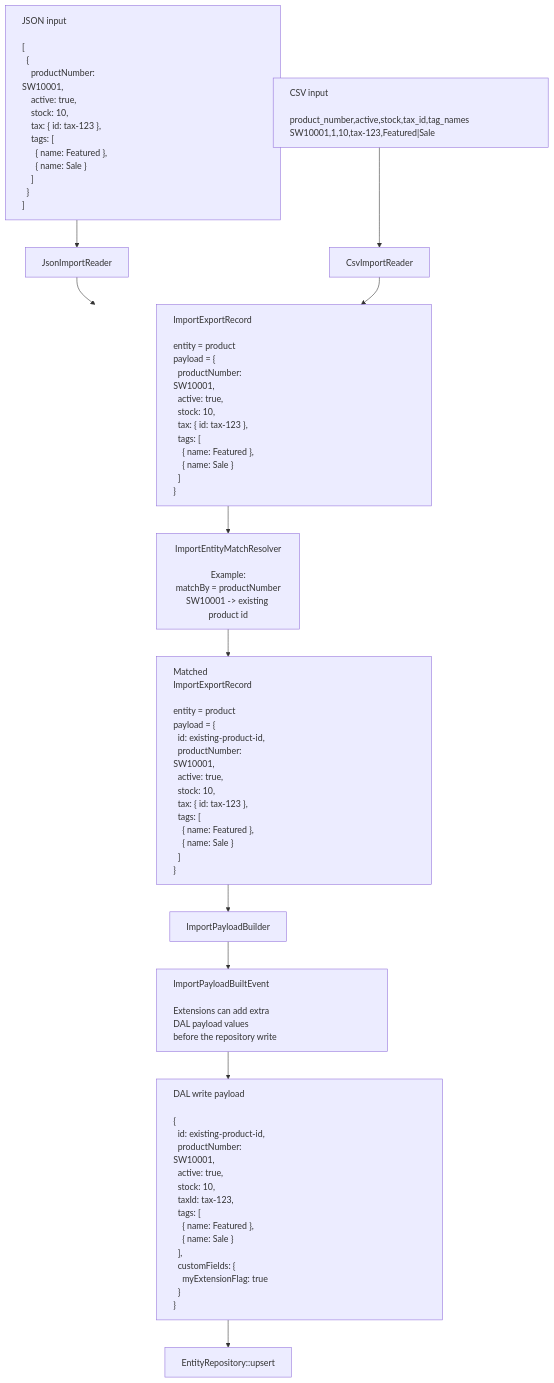
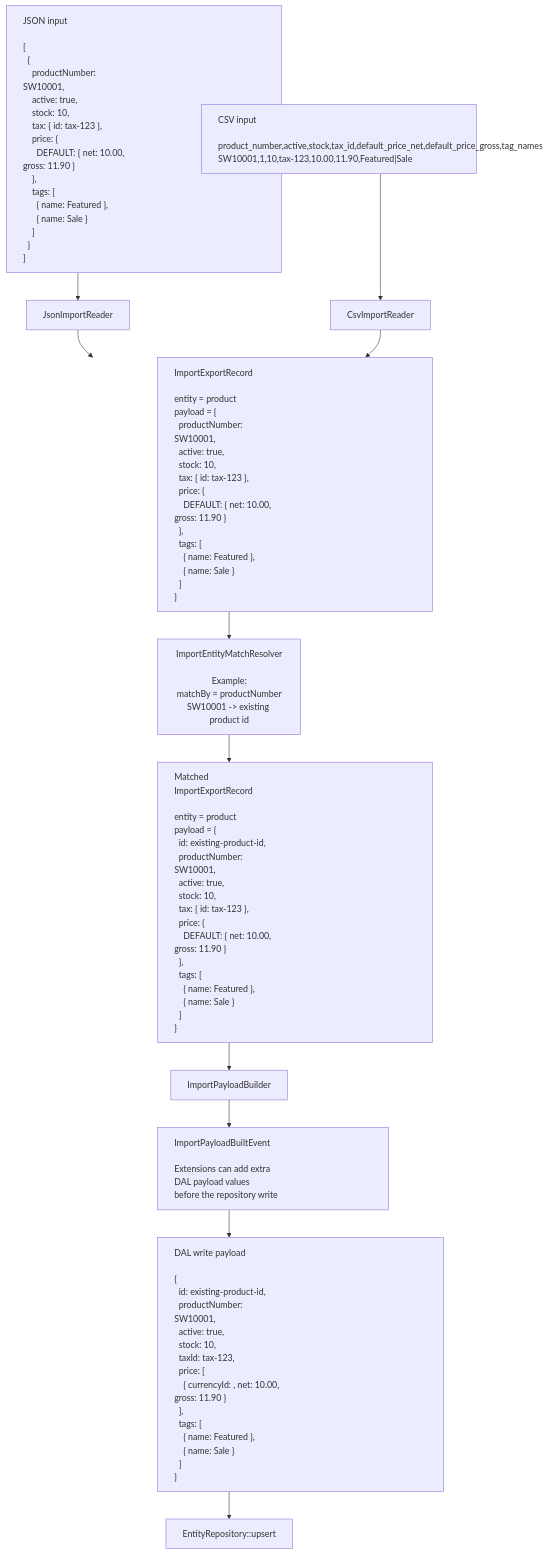
Before and after one commit to shopware/shopware: the fourth of 4 diagrams in src/Core/Content/ImportExportV2/docs/flow.md, drawn with Mermaid. The commit also changed other lines of this file and 5 other files, not shown here.

````diff
--- a/src/Core/Content/ImportExportV2/docs/flow.md
+++ b/src/Core/Content/ImportExportV2/docs/flow.md
@@ -290,39 +276,39 @@
 ```mermaid
 
 flowchart TD
-    A["JSON input<br/><br/>[<br/>&nbsp;&nbsp;{<br/>&nbsp;&nbsp;&nbsp;&nbsp;productNumber: SW10001,<br/>&nbsp;&nbsp;&nbsp;&nbsp;active: true,<br/>&nbsp;&nbsp;&nbsp;&nbsp;stock: 10,<br/>&nbsp;&nbsp;&nbsp;&nbsp;tax: { id: tax-123 },<br/>&nbsp;&nbsp;&nbsp;&nbsp;tags: [<br/>&nbsp;&nbsp;&nbsp;&nbsp;&nbsp;&nbsp;{ name: Featured },<br/>&nbsp;&nbsp;&nbsp;&nbsp;&nbsp;&nbsp;{ name: Sale }<br/>&nbsp;&nbsp;&nbsp;&nbsp;]<br/>&nbsp;&nbsp;}<br/>]"]
-    B["CSV input<br/><br/>product_number,active,stock,tax_id,tag_names<br/>SW10001,1,10,tax-123,Featured|Sale"]
+    A["JSON input<br/><br/>[<br/>&nbsp;&nbsp;{<br/>&nbsp;&nbsp;&nbsp;&nbsp;productNumber: SW10001,<br/>&nbsp;&nbsp;&nbsp;&nbsp;active: true,<br/>&nbsp;&nbsp;&nbsp;&nbsp;stock: 10,<br/>&nbsp;&nbsp;&nbsp;&nbsp;tax: { id: tax-123 },<br/>&nbsp;&nbsp;&nbsp;&nbsp;price: {<br/>&nbsp;&nbsp;&nbsp;&nbsp;&nbsp;&nbsp;DEFAULT: { net: 10.00, gross: 11.90 }<br/>&nbsp;&nbsp;&nbsp;&nbsp;},<br/>&nbsp;&nbsp;&nbsp;&nbsp;tags: [<br/>&nbsp;&nbsp;&nbsp;&nbsp;&nbsp;&nbsp;{ name: Featured },<br/>&nbsp;&nbsp;&nbsp;&nbsp;&nbsp;&nbsp;{ name: Sale }<br/>&nbsp;&nbsp;&nbsp;&nbsp;]<br/>&nbsp;&nbsp;}<br/>]"]
+    B["CSV input<br/><br/>product_number,active,stock,tax_id,default_price_net,default_price_gross,tag_names<br/>SW10001,1,10,tax-123,10.00,11.90,Featured|Sale"]
     C["JsonImportReader"]
     D["CsvImportReader"]
-    E["ImportExportRecord<br/><br/>entity = product<br/>payload = {<br/>&nbsp;&nbsp;productNumber: SW10001,<br/>&nbsp;&nbsp;active: true,<br/>&nbsp;&nbsp;stock: 10,<br/>&nbsp;&nbsp;tax: { id: tax-123 },<br/>&nbsp;&nbsp;tags: [<br/>&nbsp;&nbsp;&nbsp;&nbsp;{ name: Featured },<br/>&nbsp;&nbsp;&nbsp;&nbsp;{ name: Sale }<br/>&nbsp;&nbsp;]<br/>}"]
+    E["ImportExportRecord<br/><br/>entity = product<br/>payload = {<br/>&nbsp;&nbsp;productNumber: SW10001,<br/>&nbsp;&nbsp;active: true,<br/>&nbsp;&nbsp;stock: 10,<br/>&nbsp;&nbsp;tax: { id: tax-123 },<br/>&nbsp;&nbsp;price: {<br/>&nbsp;&nbsp;&nbsp;&nbsp;DEFAULT: { net: 10.00, gross: 11.90 }<br/>&nbsp;&nbsp;},<br/>&nbsp;&nbsp;tags: [<br/>&nbsp;&nbsp;&nbsp;&nbsp;{ name: Featured },<br/>&nbsp;&nbsp;&nbsp;&nbsp;{ name: Sale }<br/>&nbsp;&nbsp;]<br/>}"]
 
     style A width:500px,text-align:left
     style B width:500px,text-align:left
     style E width:500px,text-align:left
 
     A --> C
     B --> D
     C --> E
     D --> E
 
     E --> F["ImportEntityMatchResolver
 
 Example:
 matchBy = productNumber
 SW10001 -> existing product id"]
 
-    F --> G["Matched ImportExportRecord<br/><br/>entity = product<br/>payload = {<br/>&nbsp;&nbsp;id: existing-product-id,<br/>&nbsp;&nbsp;productNumber: SW10001,<br/>&nbsp;&nbsp;active: true,<br/>&nbsp;&nbsp;stock: 10,<br/>&nbsp;&nbsp;tax: { id: tax-123 },<br/>&nbsp;&nbsp;tags: [<br/>&nbsp;&nbsp;&nbsp;&nbsp;{ name: Featured },<br/>&nbsp;&nbsp;&nbsp;&nbsp;{ name: Sale }<br/>&nbsp;&nbsp;]<br/>}"]
+    F --> G["Matched ImportExportRecord<br/><br/>entity = product<br/>payload = {<br/>&nbsp;&nbsp;id: existing-product-id,<br/>&nbsp;&nbsp;productNumber: SW10001,<br/>&nbsp;&nbsp;active: true,<br/>&nbsp;&nbsp;stock: 10,<br/>&nbsp;&nbsp;tax: { id: tax-123 },<br/>&nbsp;&nbsp;price: {<br/>&nbsp;&nbsp;&nbsp;&nbsp;DEFAULT: { net: 10.00, gross: 11.90 }<br/>&nbsp;&nbsp;},<br/>&nbsp;&nbsp;tags: [<br/>&nbsp;&nbsp;&nbsp;&nbsp;{ name: Featured },<br/>&nbsp;&nbsp;&nbsp;&nbsp;{ name: Sale }<br/>&nbsp;&nbsp;]<br/>}"]
 
     style G width:500px,text-align:left
 
     G --> H["ImportPayloadBuilder"]
 
     H --> I["ImportPayloadBuiltEvent<br/><br/>Extensions can add extra DAL payload values<br/>before the repository write"]
-    I --> J["DAL write payload<br/><br/>{<br/>&nbsp;&nbsp;id: existing-product-id,<br/>&nbsp;&nbsp;productNumber: SW10001,<br/>&nbsp;&nbsp;active: true,<br/>&nbsp;&nbsp;stock: 10,<br/>&nbsp;&nbsp;taxId: tax-123,<br/>&nbsp;&nbsp;tags: [<br/>&nbsp;&nbsp;&nbsp;&nbsp;{ name: Featured },<br/>&nbsp;&nbsp;&nbsp;&nbsp;{ name: Sale }<br/>&nbsp;&nbsp;],<br/>&nbsp;&nbsp;customFields: {<br/>&nbsp;&nbsp;&nbsp;&nbsp;myExtensionFlag: true<br/>&nbsp;&nbsp;}<br/>}"]
+    I --> J["DAL write payload<br/><br/>{<br/>&nbsp;&nbsp;id: existing-product-id,<br/>&nbsp;&nbsp;productNumber: SW10001,<br/>&nbsp;&nbsp;active: true,<br/>&nbsp;&nbsp;stock: 10,<br/>&nbsp;&nbsp;taxId: tax-123,<br/>&nbsp;&nbsp;price: [<br/>&nbsp;&nbsp;&nbsp;&nbsp;{ currencyId: <default-currency-id>, net: 10.00, gross: 11.90 }<br/>&nbsp;&nbsp;],<br/>&nbsp;&nbsp;tags: [<br/>&nbsp;&nbsp;&nbsp;&nbsp;{ name: Featured },<br/>&nbsp;&nbsp;&nbsp;&nbsp;{ name: Sale }<br/>&nbsp;&nbsp;]<br/>}"]
 
     style I width:420px,text-align:left
     style J width:520px,text-align:left
 
     J --> K["EntityRepository::upsert"]
 
 ```
````
